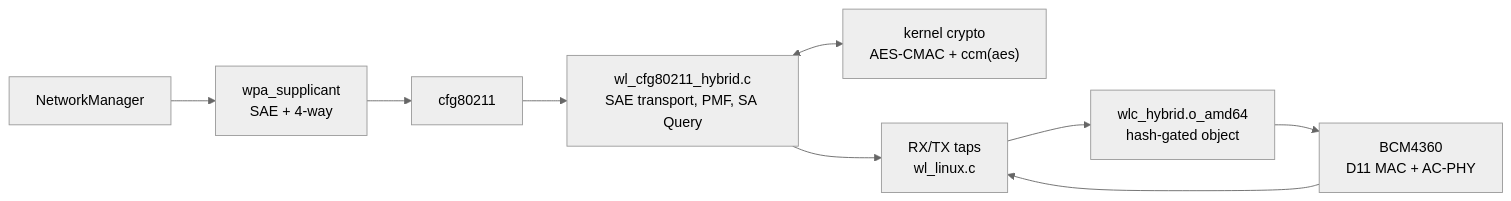
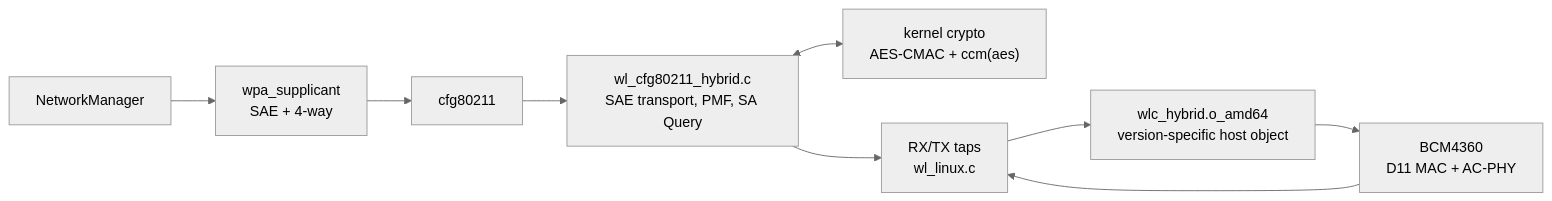
Before and after one commit to gafgpt-cmd/bcm4360-wpa3-pmf: the diagram in README.md, drawn with Mermaid (neutral theme). The commit also changed other lines of this file and 1 other file, not shown here.

Commit message:
docs: separate native mac80211 transport from compatibility hooks

````diff
--- a/README.md
+++ b/README.md
@@ -41,11 +43,11 @@
 ```mermaid
 flowchart LR
     NM["NetworkManager"] --> WS["wpa_supplicant<br/>SAE + 4-way"]
     WS --> CFG["cfg80211"]
     CFG --> GLUE["wl_cfg80211_hybrid.c<br/>SAE transport, PMF, SA Query"]
     GLUE <--> CRYPTO["kernel crypto<br/>AES-CMAC + ccm(aes)"]
     GLUE --> TAP["RX/TX taps<br/>wl_linux.c"]
-    TAP --> BLOB["wlc_hybrid.o_amd64<br/>hash-gated object"]
+    TAP --> BLOB["wlc_hybrid.o_amd64<br/>version-specific host object"]
     BLOB --> HW["BCM4360<br/>D11 MAC + AC-PHY"]
     HW --> TAP
 ```
````
